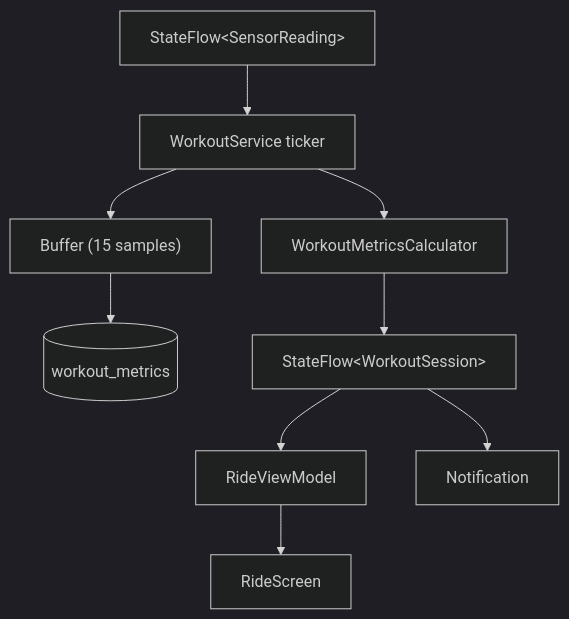
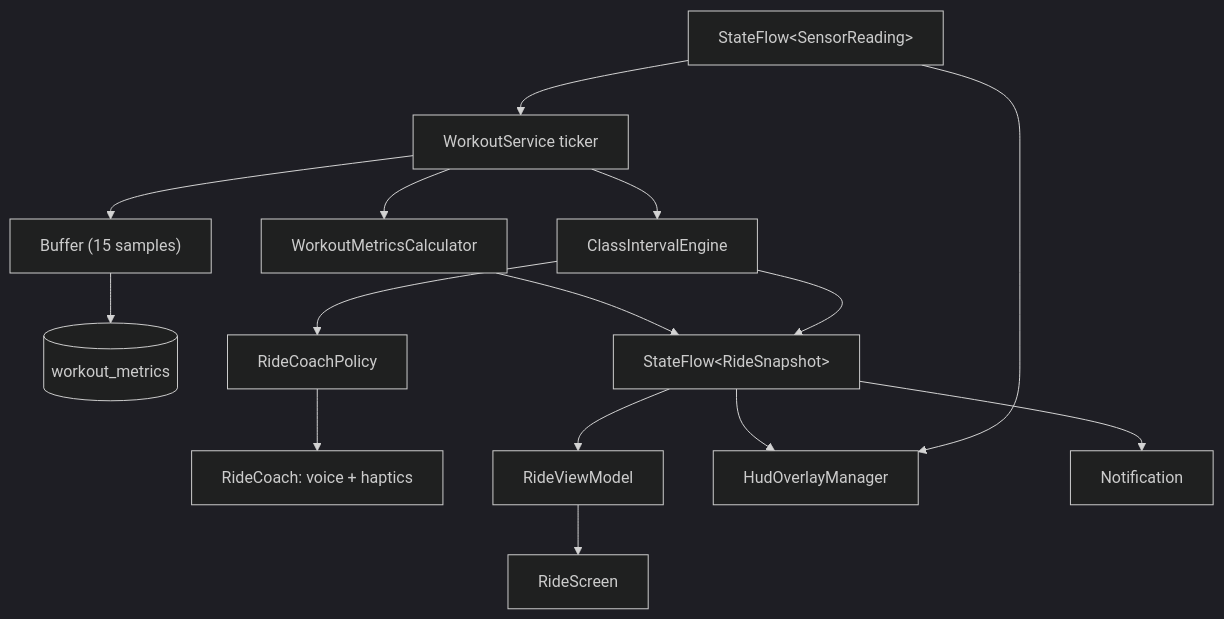
Before and after one commit to showered/pelonot: the second of 3 diagrams in ARCHITECTURE.md, drawn with Mermaid (dark theme). The commit also changed other lines of this file and 7 other files, not shown here.

````diff
--- a/ARCHITECTURE.md
+++ b/ARCHITECTURE.md
@@ -128,11 +130,17 @@
 ```mermaid
 flowchart TD
     A["StateFlow&lt;SensorReading&gt;"] --> B[WorkoutService ticker]
     B --> C[WorkoutMetricsCalculator]
     B --> D["Buffer (15 samples)"]
     D --> E[(workout_metrics)]
-    C --> F["StateFlow&lt;WorkoutSession&gt;"]
+    B --> J[ClassIntervalEngine]
+    J --> K[RideCoachPolicy]
+    K --> L[RideCoach: voice + haptics]
+    C --> F["StateFlow&lt;RideSnapshot&gt;"]
+    J --> F
     F --> G[RideViewModel]
     G --> H[RideScreen]
+    F --> M[HudOverlayManager]
     F --> I[Notification]
+    A --> M
 ```
````
